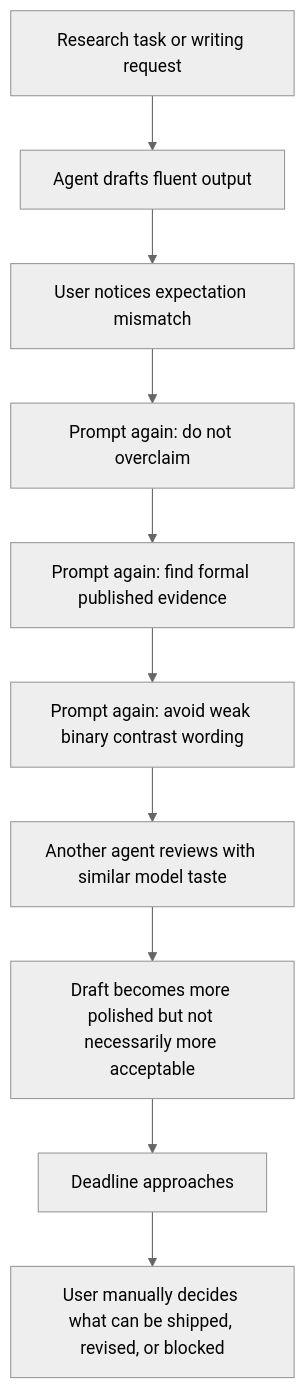
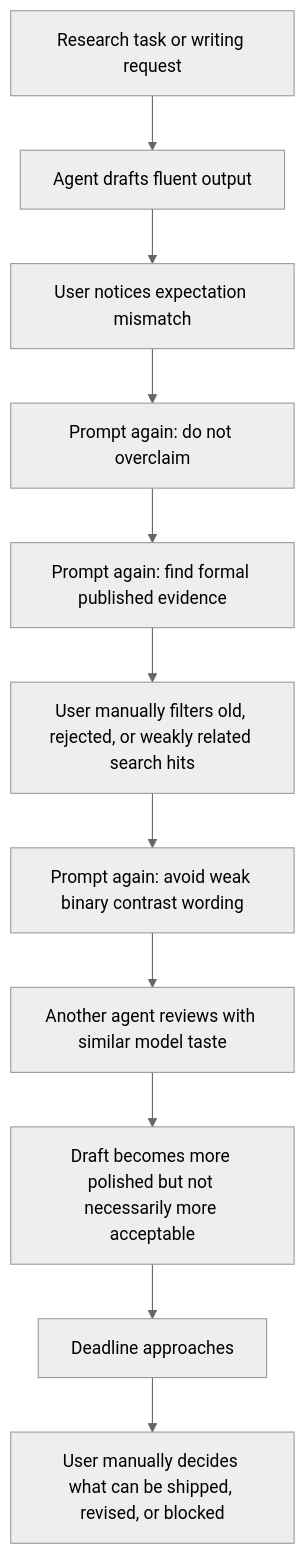
One commit to RachelNongyingLi/research-process-automation-demo-clean changed the diagram in docs/as_is_process.md. Above: the diagram before and after it, drawn with Mermaid (neutral theme). The commit also changed other lines of this file and 16 other files, not shown here.

````diff
--- a/docs/as_is_process.md
+++ b/docs/as_is_process.md
@@ -5,12 +5,13 @@
 ```mermaid
 flowchart TD
   A["Research task or writing request"] --> B["Agent drafts fluent output"]
   B --> C["User notices expectation mismatch"]
   C --> D["Prompt again: do not overclaim"]
   D --> E["Prompt again: find formal published evidence"]
-  E --> F["Prompt again: avoid weak binary contrast wording"]
-  F --> G["Another agent reviews with similar model taste"]
-  G --> H["Draft becomes more polished but not necessarily more acceptable"]
-  H --> I["Deadline approaches"]
-  I --> J["User manually decides what can be shipped, revised, or blocked"]
+  E --> F["User manually filters old, rejected, or weakly related search hits"]
+  F --> G["Prompt again: avoid weak binary contrast wording"]
+  G --> H["Another agent reviews with similar model taste"]
+  H --> I["Draft becomes more polished but not necessarily more acceptable"]
+  I --> J["Deadline approaches"]
+  J --> K["User manually decides what can be shipped, revised, or blocked"]
 ```
````
